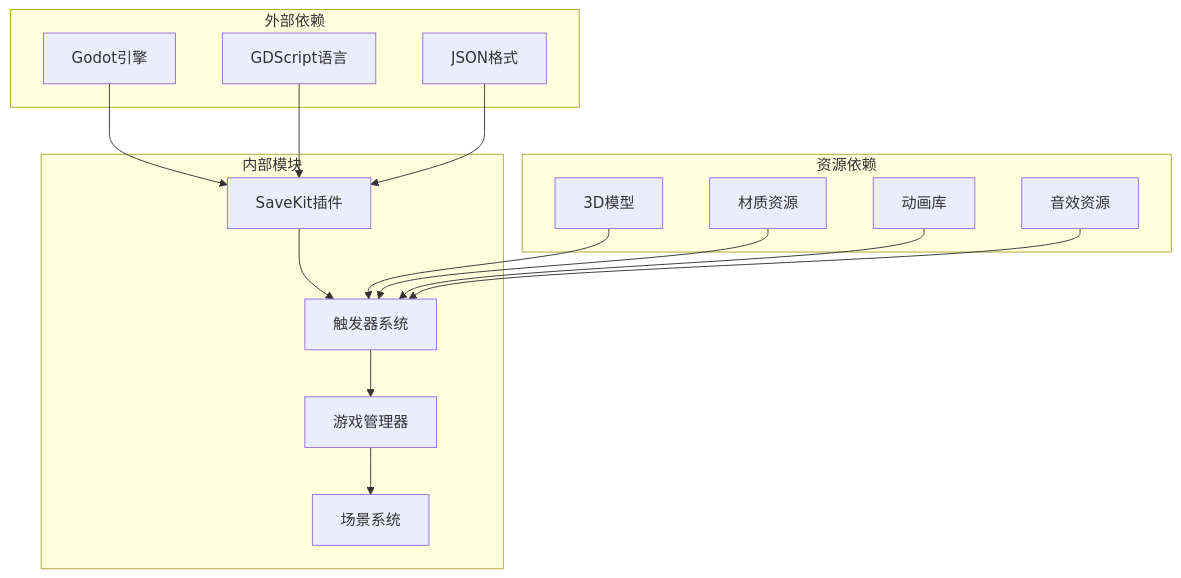
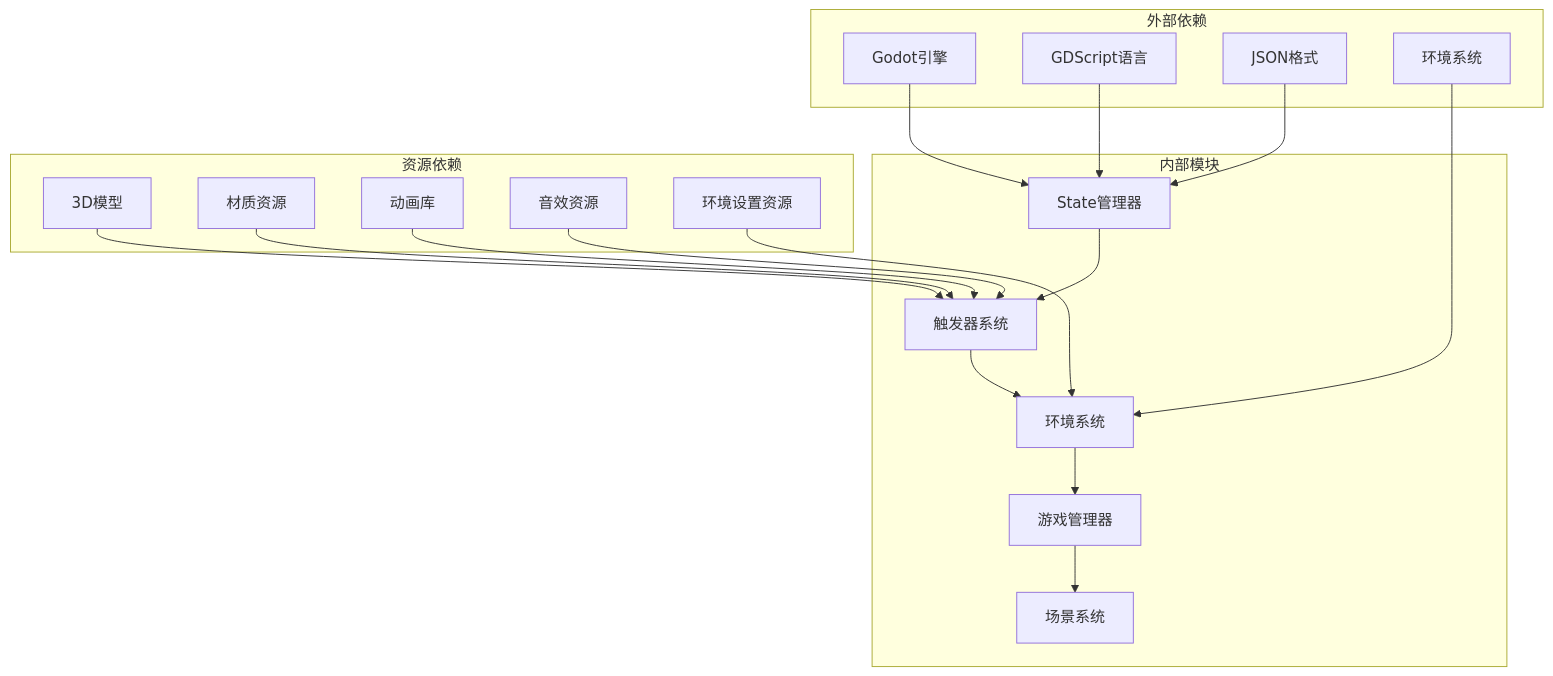
Before and after one commit to godotline/godot-line: the fifth of 5 diagrams in .qoder/repowiki/zh/content/游戏系统/触发器系统/检查点系统.md, drawn with Mermaid. The commit also changed other lines of this file and 28 other files, not shown here.

````diff
--- a/.qoder/repowiki/zh/content/游戏系统/触发器系统/检查点系统.md
+++ b/.qoder/repowiki/zh/content/游戏系统/触发器系统/检查点系统.md
@@ -220,30 +317,36 @@
 ```mermaid
 graph TB
 subgraph "外部依赖"
 Godot[Godot引擎]
 GDScript[GDScript语言]
 JSON[JSON格式]
+Environment[环境系统]
 end
 subgraph "内部模块"
-SaveKit[SaveKit插件]
+State[State管理器]
 TriggerSystem[触发器系统]
+EnvironmentSystem[环境系统]
 GameManager[游戏管理器]
 SceneSystem[场景系统]
 end
 subgraph "资源依赖"
 Meshes[3D模型]
 Materials[材质资源]
 Animations[动画库]
 Audio[音效资源]
+Settings[环境设置资源]
 end
-Godot --> SaveKit
-GDScript --> SaveKit
-JSON --> SaveKit
-SaveKit --> TriggerSystem
-TriggerSystem --> GameManager
+Godot --> State
+GDScript --> State
+JSON --> State
+State --> TriggerSystem
+TriggerSystem --> EnvironmentSystem
+EnvironmentSystem --> GameManager
 GameManager --> SceneSystem
 Meshes --> TriggerSystem
 Materials --> TriggerSystem
 Animations --> TriggerSystem
 Audio --> TriggerSystem
+Settings --> EnvironmentSystem
+Environment --> EnvironmentSystem
 ```
````
